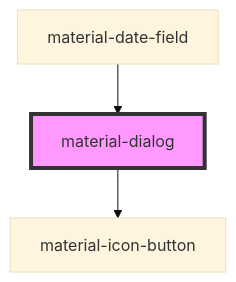
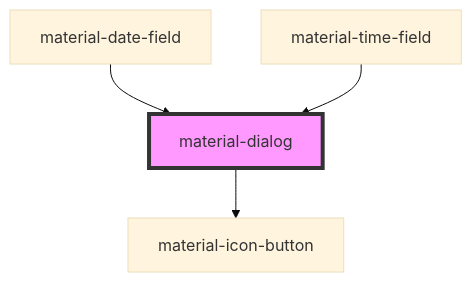
One commit to RobustaRush/material changed the diagram in src/components/material-dialog/readme.md. Above: the diagram before and after it, drawn with Mermaid (base theme). The commit also changed other lines of this file and 14 other files, not shown here.

First line of the commit message:
feat: material-time-picker + material-time-field

````diff
--- a/src/components/material-dialog/readme.md
+++ b/src/components/material-dialog/readme.md
@@ -78,6 +79,7 @@
 ```mermaid
 graph TD;
   material-dialog --> material-icon-button
   material-date-field --> material-dialog
+  material-time-field --> material-dialog
   style material-dialog fill:#f9f,stroke:#333,stroke-width:4px
 ```
````
